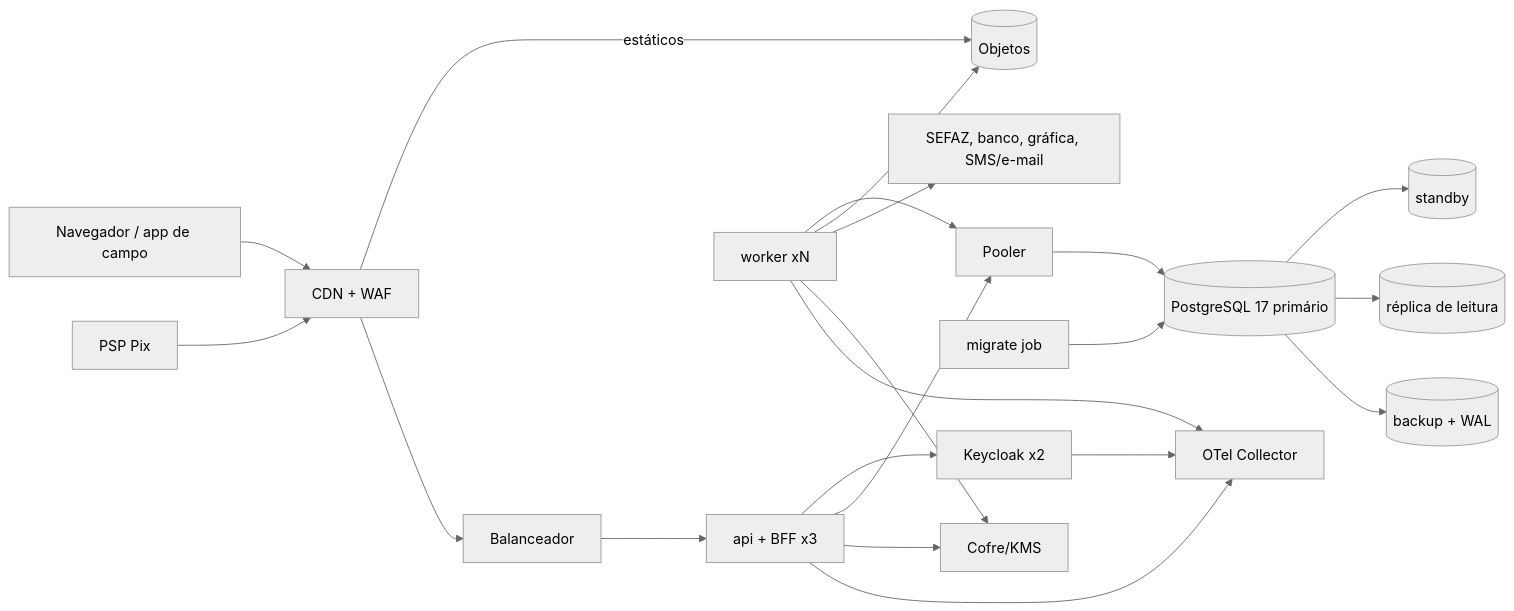
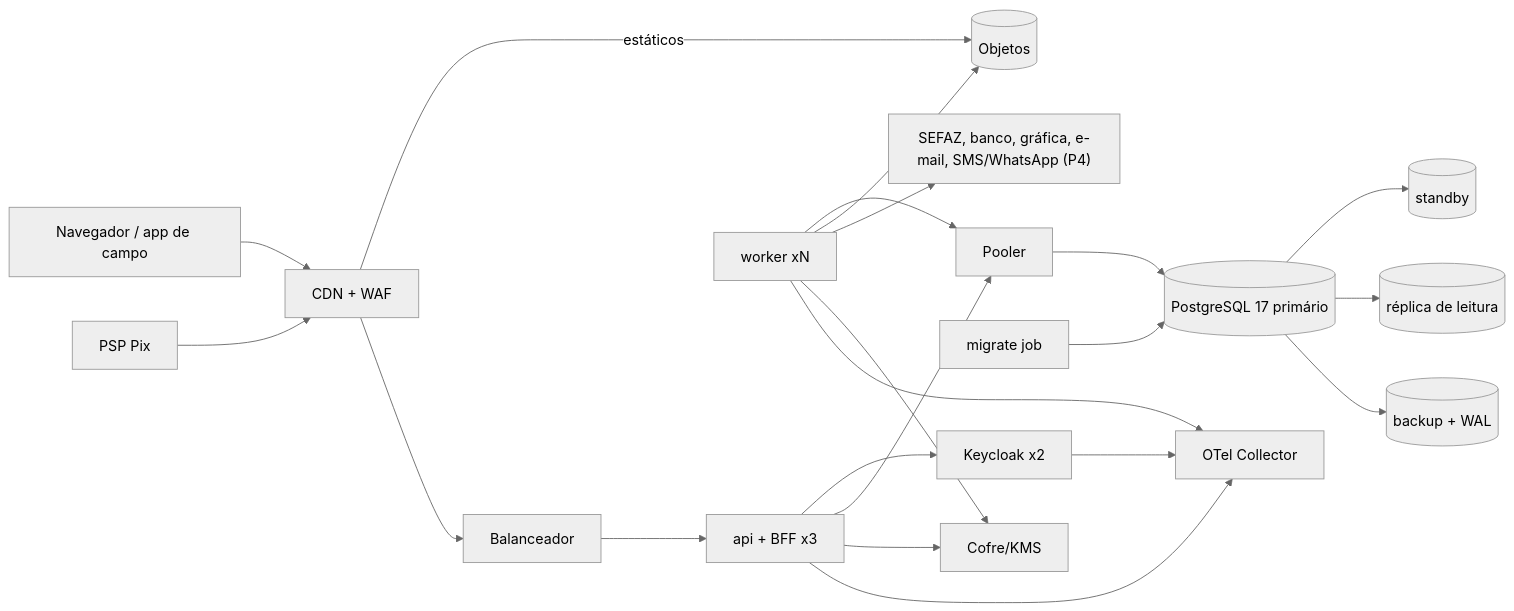
The diagram in docs/arquitetura/ARQUITETURA-ALVO.md (mastersonmdaniel/Ziip_San), drawn with Mermaid (neutral theme) before and after one commit. The commit also changed other lines of this file and 11 other files, not shown here.

````diff
--- a/docs/arquitetura/ARQUITETURA-ALVO.md
+++ b/docs/arquitetura/ARQUITETURA-ALVO.md
@@ -29,20 +29,20 @@
 ```mermaid
 flowchart LR
   U[Navegador / app de campo] --> E[CDN + WAF]
   PSP[PSP Pix] --> E
   E -->|estáticos| OBJ[(Objetos)]
   E --> LB[Balanceador]
   LB --> API[api + BFF x3]
   API --> KC[Keycloak x2]
   API --> PGB[Pooler]
   W[worker xN] --> PGB
   M[migrate job] --> PG
   PGB --> PG[(PostgreSQL 17 primário)]
   PG --> SB[(standby)]
   PG --> RR[(réplica de leitura)]
   PG --> BK[(backup + WAL)]
   W --> OBJ
-  W --> EXT[SEFAZ, banco, gráfica, SMS/e-mail]
+  W --> EXT["SEFAZ, banco, gráfica, e-mail, SMS/WhatsApp (P4)"]
   API & W --> KMS[Cofre/KMS]
   API & W & KC --> OTEL[OTel Collector]
 ```
````
